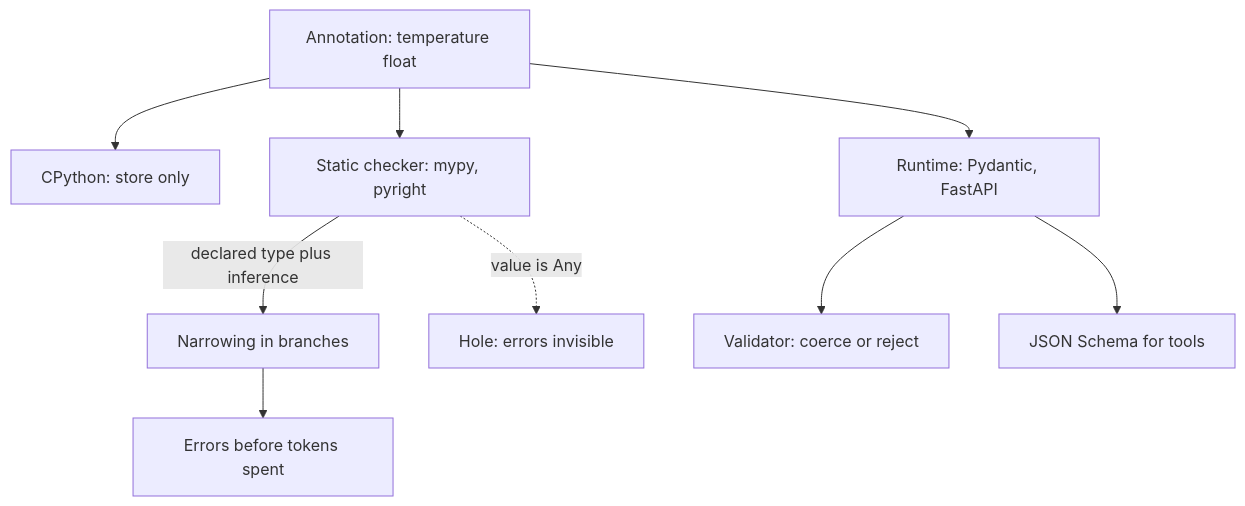
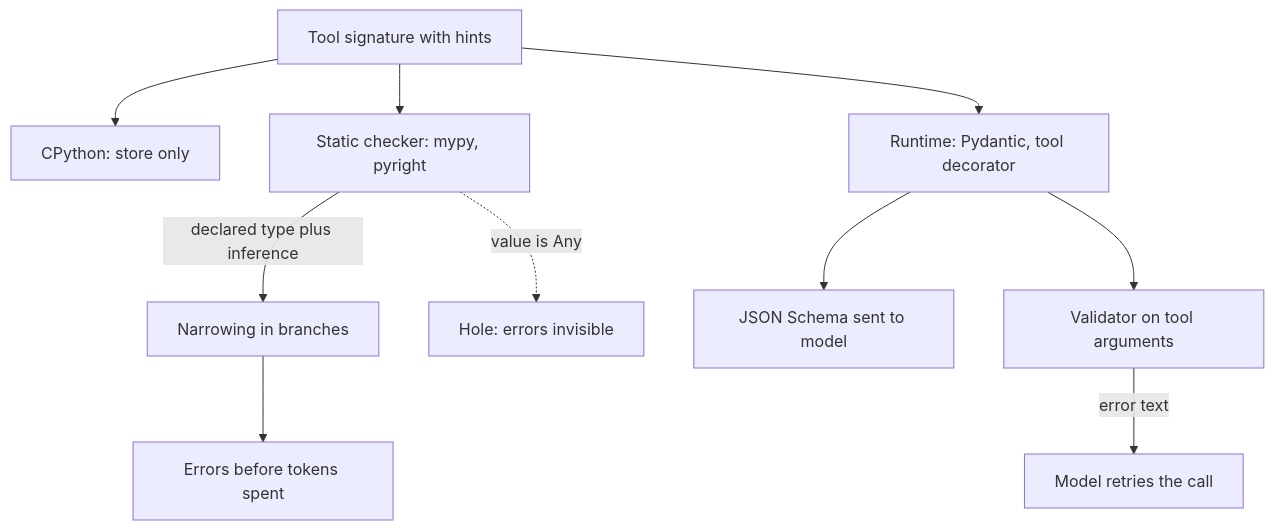
One commit to lovishmahajan97/agentic-learning changed the diagram in content/python-for-ai/type-hints.md. Above: the diagram before and after it, drawn with Mermaid. The commit also changed other lines of this file and 266 other files, not shown here.

````diff
--- a/content/python-for-ai/type-hints.md
+++ b/content/python-for-ai/type-hints.md
@@ -122,11 +140,12 @@
 ```mermaid
 flowchart TD
-    A["Annotation: temperature float"] --> I["CPython: store only"]
+    A["Tool signature with hints"] --> I["CPython: store only"]
     A --> C["Static checker: mypy, pyright"]
-    A --> R["Runtime: Pydantic, FastAPI"]
+    A --> R["Runtime: Pydantic, tool decorator"]
     C -->|"declared type plus inference"| N["Narrowing in branches"]
     N --> E["Errors before tokens spent"]
     C -.->|"value is Any"| H["Hole: errors invisible"]
-    R --> V["Validator: coerce or reject"]
-    R --> S["JSON Schema for tools"]
+    R --> S["JSON Schema sent to model"]
+    R --> V["Validator on tool arguments"]
+    V -->|"error text"| M["Model retries the call"]
 ```
````
